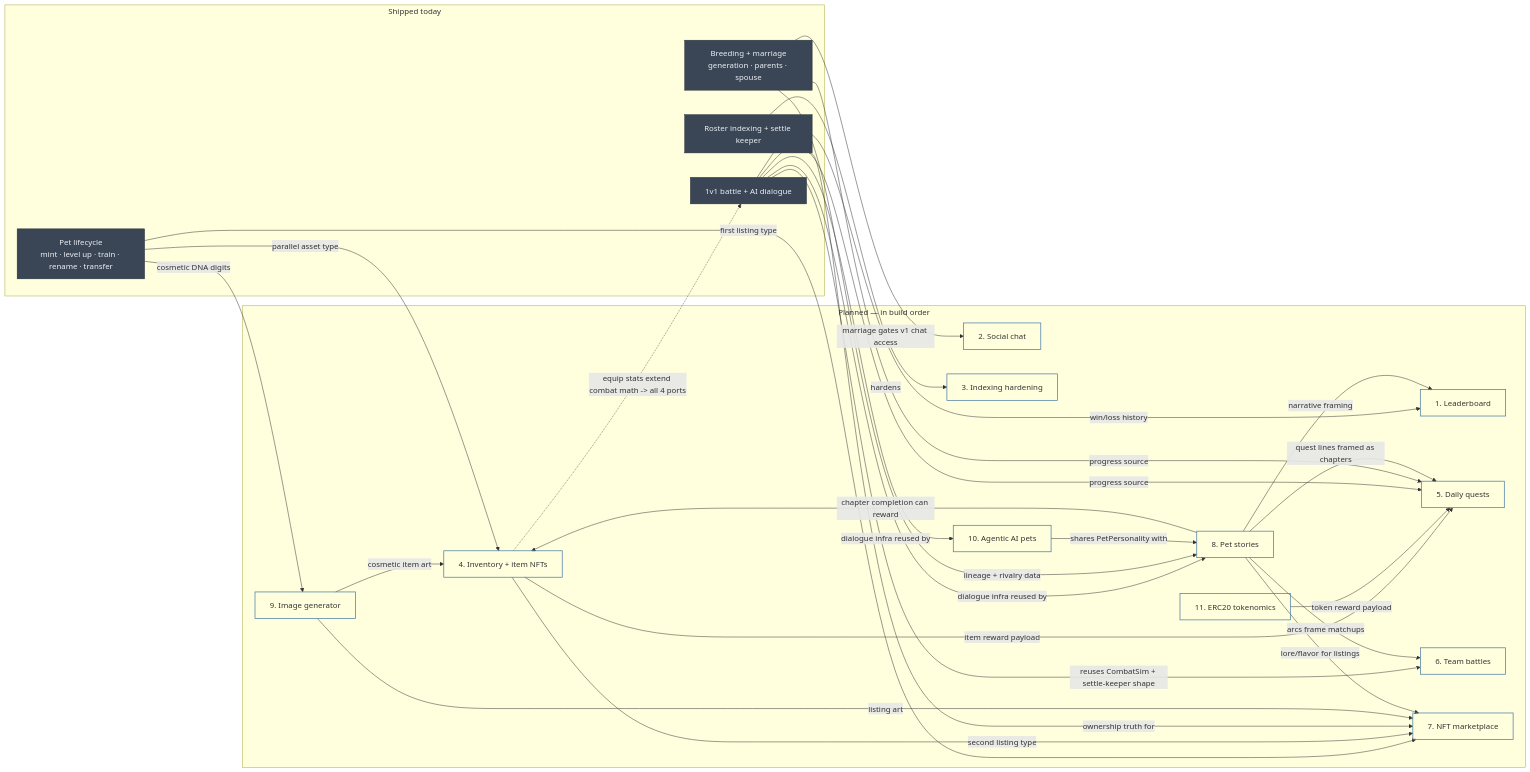
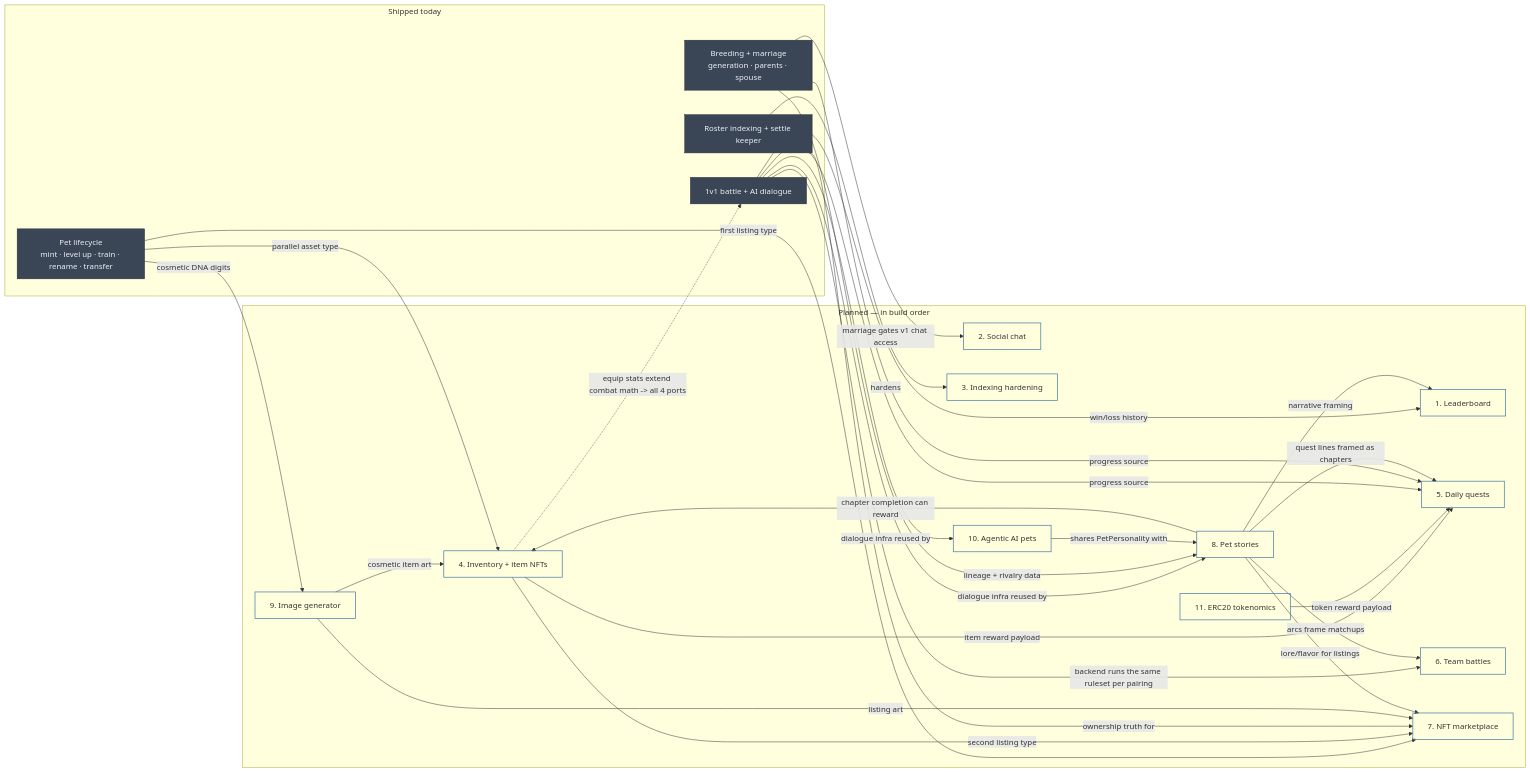
One commit to heyradcode/do-not-stop changed the diagram in docs/plan-future-features-roadmap.md. Above: the diagram before and after it, drawn with Mermaid. The commit also changed other lines of this file, not shown here.

Commit message:
docs: align future-features roadmap with backend-authoritative battles

````diff
--- a/docs/plan-future-features-roadmap.md
+++ b/docs/plan-future-features-roadmap.md
@@ -112,56 +128,56 @@
 ```mermaid
 flowchart LR
     subgraph SHIPPED["Shipped today"]
         PETCORE["Pet lifecycle
 mint · level up · train · rename · transfer"]
         BATTLE["1v1 battle + AI dialogue"]
         BREED["Breeding + marriage
 generation · parents · spouse"]
         ROSTER["Roster indexing + settle keeper"]
     end
 
     subgraph PLANNED["Planned — in build order"]
         LEADERBOARD["1. Leaderboard"]
         SOCIAL["2. Social chat"]
         INDEXHARDEN["3. Indexing hardening"]
         INVENTORY["4. Inventory + item NFTs"]
         QUESTS["5. Daily quests"]
         TEAMBATTLE["6. Team battles"]
         MARKET["7. NFT marketplace"]
         STORY["8. Pet stories"]
         IMAGEGEN["9. Image generator"]
         AGENTIC["10. Agentic AI pets"]
         TOKEN["11. ERC20 tokenomics"]
     end
 
-    BATTLE -->|"reuses CombatSim + settle-keeper shape"| TEAMBATTLE
+    BATTLE -->|"backend runs the same ruleset per pairing"| TEAMBATTLE
     ROSTER -->|hardens| INDEXHARDEN
     BREED -->|"marriage gates v1 chat access"| SOCIAL
     PETCORE -->|"parallel asset type"| INVENTORY
     INVENTORY -.->|"equip stats extend combat math -> all 4 ports"| BATTLE
     PETCORE -->|"first listing type"| MARKET
     INVENTORY -->|"second listing type"| MARKET
     ROSTER -->|"ownership truth for"| MARKET
     INVENTORY -->|"item reward payload"| QUESTS
     TOKEN -->|"token reward payload"| QUESTS
     BATTLE -->|"progress source"| QUESTS
     BREED -->|"progress source"| QUESTS
     BATTLE -->|"win/loss history"| LEADERBOARD
     BATTLE -->|"dialogue infra reused by"| AGENTIC
     BATTLE -->|"dialogue infra reused by"| STORY
     BREED -->|"lineage + rivalry data"| STORY
     AGENTIC -->|"shares PetPersonality with"| STORY
     PETCORE -->|"cosmetic DNA digits"| IMAGEGEN
     IMAGEGEN -->|"listing art"| MARKET
     IMAGEGEN -->|"cosmetic item art"| INVENTORY
     STORY -->|"chapter completion can reward"| INVENTORY
     STORY -->|"quest lines framed as chapters"| QUESTS
     STORY -->|"lore/flavor for listings"| MARKET
     STORY -->|"narrative framing"| LEADERBOARD
     STORY -->|"arcs frame matchups"| TEAMBATTLE
 
     classDef shipped fill:#3A4556,stroke:#232B35,color:#EDF1F6;
     classDef planned fill:transparent,stroke:#4C7EA8,stroke-width:1.5px;
     class PETCORE,BATTLE,BREED,ROSTER shipped;
     class TEAMBATTLE,INVENTORY,INDEXHARDEN,AGENTIC,MARKET,IMAGEGEN,QUESTS,LEADERBOARD,TOKEN,STORY,SOCIAL planned;
 ```
````
